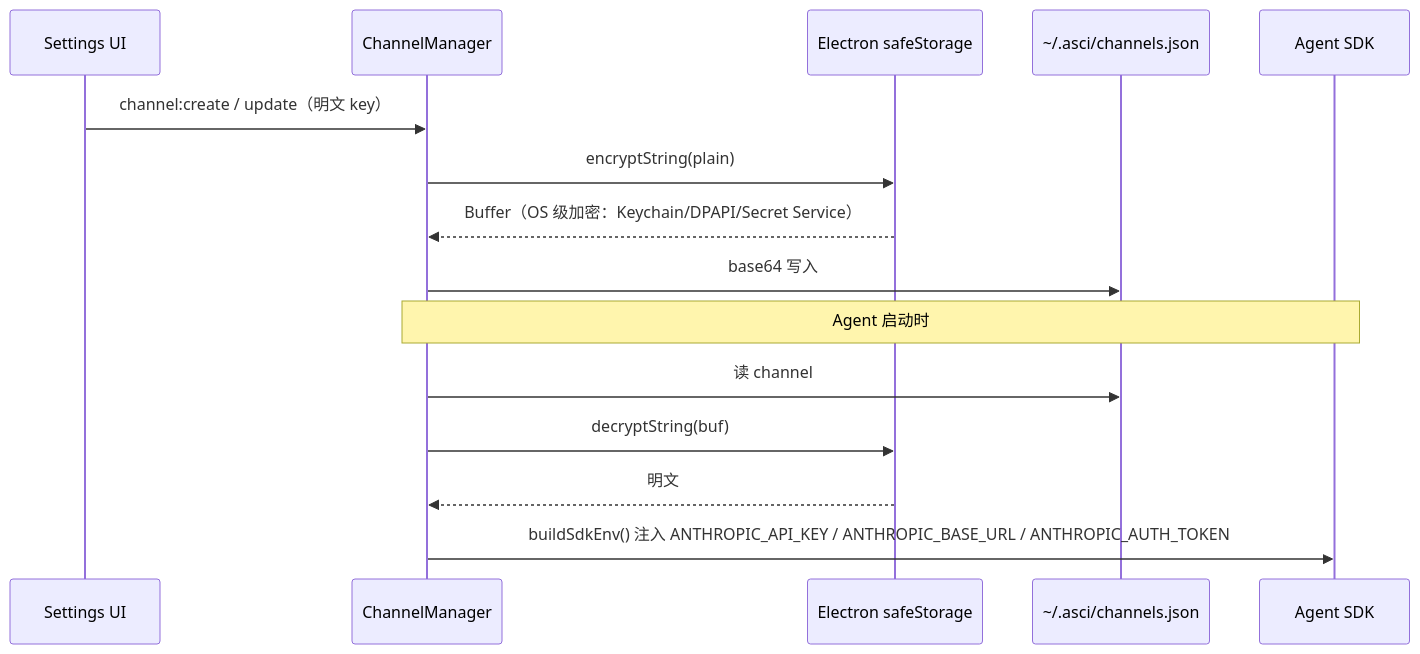
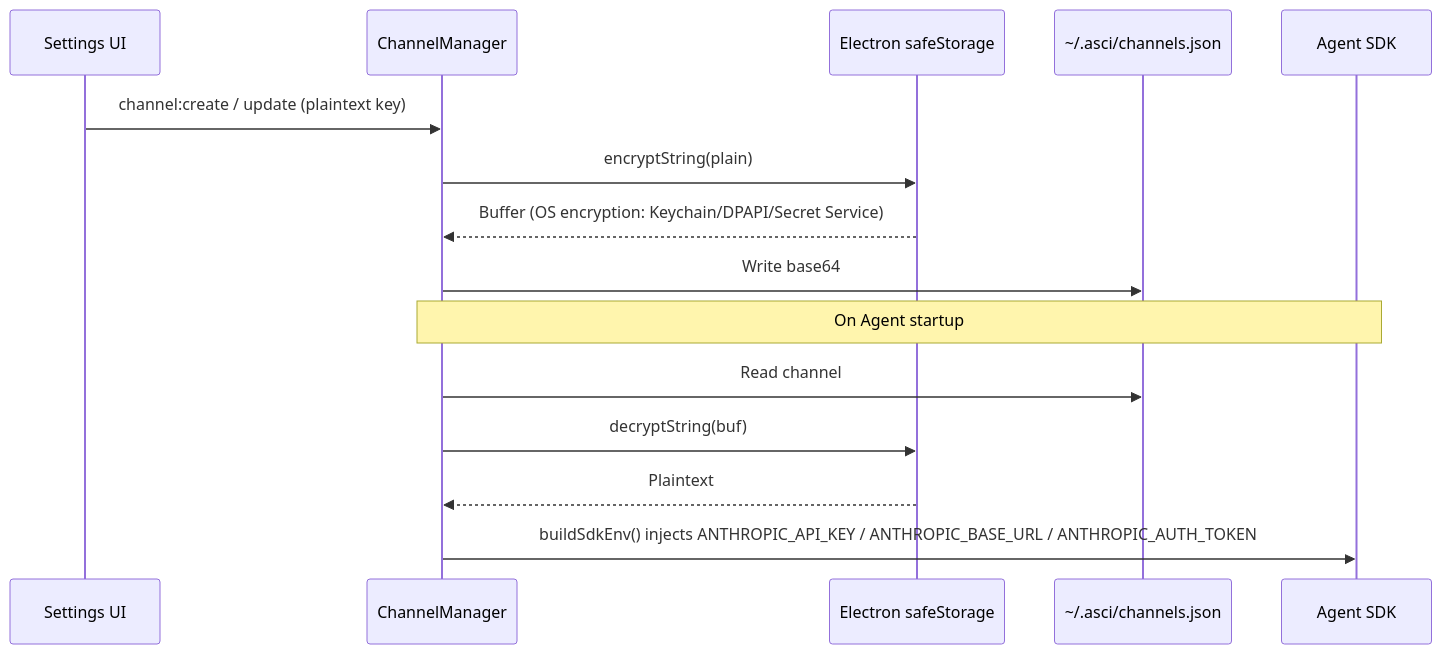
Before and after one commit to SimmonJ-WYJ/tinker: the second of 7 diagrams in docs/milestones/0.2/2026-05-26-architecture-overview.md, drawn with Mermaid. The commit also changed other lines of this file and 216 other files, not shown here.

````diff
--- a/docs/milestones/0.2/2026-05-26-architecture-overview.md
+++ b/docs/milestones/0.2/2026-05-26-architecture-overview.md
@@ -146,19 +170,19 @@
 ```mermaid
 sequenceDiagram
   participant UI as Settings UI
   participant Main as ChannelManager
   participant SS as Electron safeStorage
   participant File as ~/.asci/channels.json
   participant SDK as Agent SDK
 
-  UI->>Main: channel:create / update（明文 key）
+  UI->>Main: channel:create / update (plaintext key)
   Main->>SS: encryptString(plain)
-  SS-->>Main: Buffer（OS 级加密：Keychain/DPAPI/Secret Service）
-  Main->>File: base64 写入
+  SS-->>Main: Buffer (OS encryption: Keychain/DPAPI/Secret Service)
+  Main->>File: Write base64
 
-  Note over Main,SDK: Agent 启动时
-  Main->>File: 读 channel
+  Note over Main,SDK: On Agent startup
+  Main->>File: Read channel
   Main->>SS: decryptString(buf)
-  SS-->>Main: 明文
-  Main->>SDK: buildSdkEnv() 注入 ANTHROPIC_API_KEY / ANTHROPIC_BASE_URL / ANTHROPIC_AUTH_TOKEN
+  SS-->>Main: Plaintext
+  Main->>SDK: buildSdkEnv() injects ANTHROPIC_API_KEY / ANTHROPIC_BASE_URL / ANTHROPIC_AUTH_TOKEN
 ```
````
